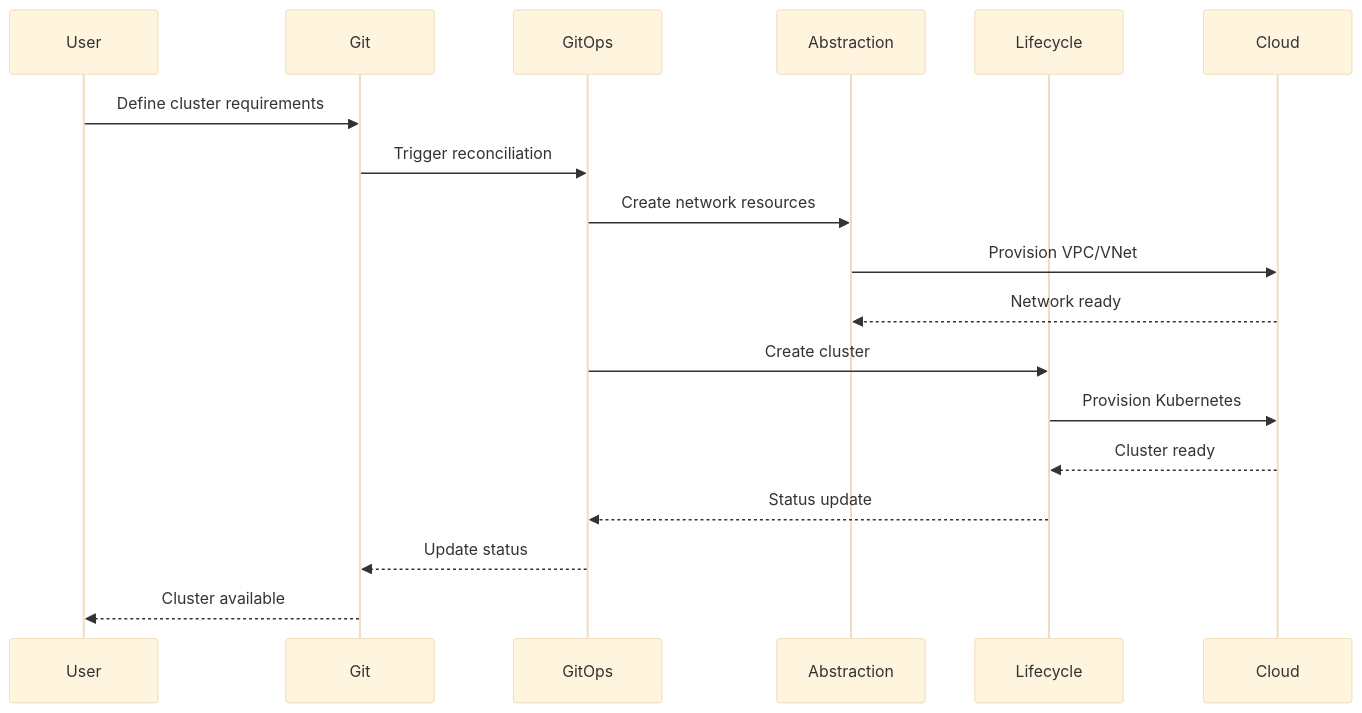
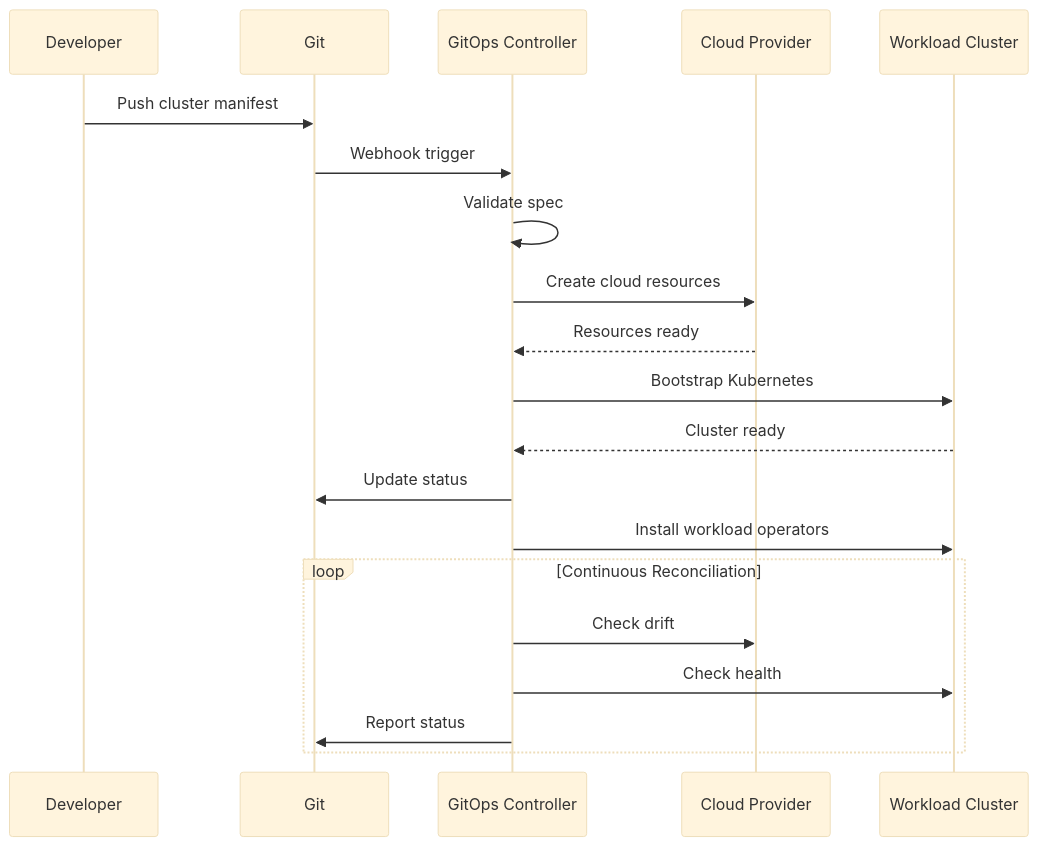
Before and after one commit to cgoolsby/cgoolsby.github.io: the fourth of 6 diagrams in content/posts/blog-post-k8s-hyperscalar-architecture.md, drawn with Mermaid (base theme). The commit also changed other lines of this file, not shown here.

````diff
--- a/content/posts/blog-post-k8s-hyperscalar-architecture.md
+++ b/content/posts/blog-post-k8s-hyperscalar-architecture.md
@@ -210,21 +190,24 @@
 ```mermaid
 sequenceDiagram
-    participant User
+    participant Dev as Developer
     participant Git
-    participant GitOps
-    participant Abstraction
-    participant Lifecycle
-    participant Cloud
+    participant GitOps as GitOps Controller
+    participant Provider as Cloud Provider
+    participant Cluster as Workload Cluster
     
-    User->>Git: Define cluster requirements
-    Git->>GitOps: Trigger reconciliation
-    GitOps->>Abstraction: Create network resources
-    Abstraction->>Cloud: Provision VPC/VNet
-    Cloud-->>Abstraction: Network ready
-    GitOps->>Lifecycle: Create cluster
-    Lifecycle->>Cloud: Provision Kubernetes
-    Cloud-->>Lifecycle: Cluster ready
-    Lifecycle-->>GitOps: Status update
-    GitOps-->>Git: Update status
-    Git-->>User: Cluster available
+    Dev->>Git: Push cluster manifest
+    Git->>GitOps: Webhook trigger
+    GitOps->>GitOps: Validate spec
+    GitOps->>Provider: Create cloud resources
+    Provider-->>GitOps: Resources ready
+    GitOps->>Cluster: Bootstrap Kubernetes
+    Cluster-->>GitOps: Cluster ready
+    GitOps->>Git: Update status
+    GitOps->>Cluster: Install workload operators
+    
+    loop Continuous Reconciliation
+        GitOps->>Provider: Check drift
+        GitOps->>Cluster: Check health
+        GitOps->>Git: Report status
+    end
 ```
````
